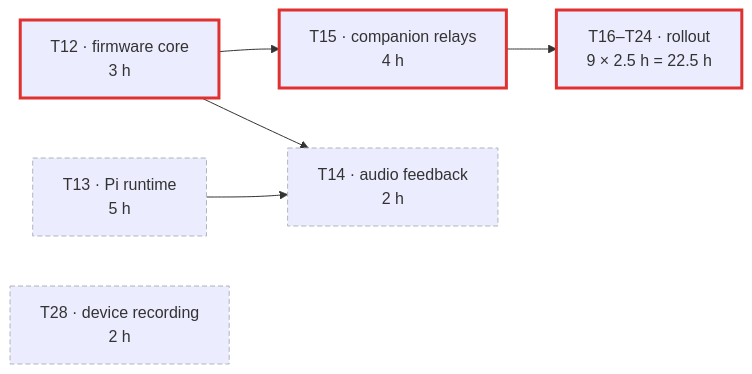
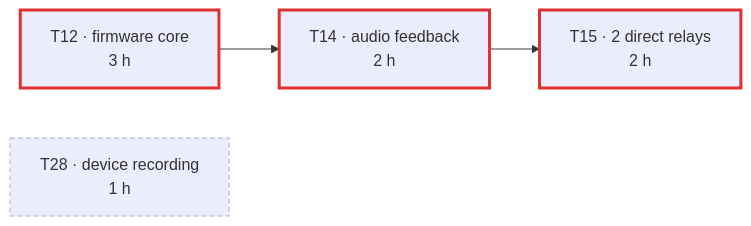
One commit to franzemil/ultron changed the diagram in .ai/sdd/specs/003-can-act/tasks.md. Above: the diagram before and after it, drawn with Mermaid. The commit also changed other lines of this file and 11 other files, not shown here.

````diff
--- a/.ai/sdd/specs/003-can-act/tasks.md
+++ b/.ai/sdd/specs/003-can-act/tasks.md
@@ -75,14 +66,10 @@
 ```mermaid
 flowchart LR
-    T12["T12 · firmware core<br/>3 h"] --> T15["T15 · companion relays<br/>4 h"]
-    T13["T13 · Pi runtime<br/>5 h"]
-    T14["T14 · audio feedback<br/>2 h"]
-    T28["T28 · device recording<br/>2 h"]
-    T12 --> T14
-    T13 --> T14
-    T15 --> T16["T16–T24 · rollout<br/>9 × 2.5 h = 22.5 h"]
+    T12["T12 · firmware core<br/>3 h"] --> T14["T14 · audio feedback<br/>2 h"]
+    T14 --> T15["T15 · 2 direct relays<br/>2 h"]
+    T28["T28 · device recording<br/>1 h"]
     classDef crit stroke:#e03131,stroke-width:3px
     classDef off stroke:#adb5bd,stroke-dasharray:5 3
-    class T12,T15,T16 crit
-    class T13,T14,T28 off
+    class T12,T14,T15 crit
+    class T28 off
 ```
````
